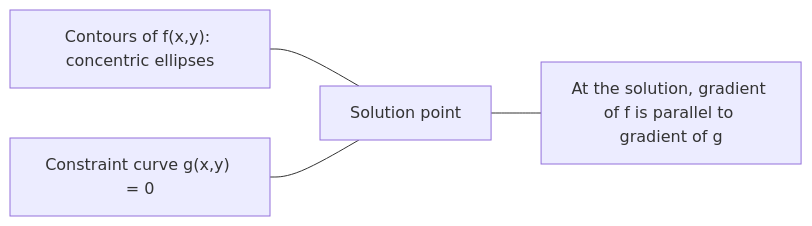
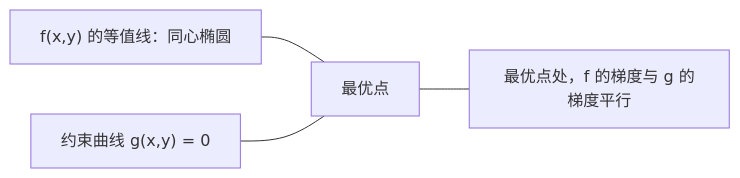
The fourth of 4 diagrams in phases/01-math-foundations/18-convex-optimization/docs/zh.md (omigaZen/ai-engineering-from-scratch), drawn with Mermaid before and after one commit. The commit also changed other lines of this file, not shown here.

````diff
--- a/phases/01-math-foundations/18-convex-optimization/docs/zh.md
+++ b/phases/01-math-foundations/18-convex-optimization/docs/zh.md
@@ -241,6 +237,6 @@
 ```mermaid
 graph LR
-    A["Contours of f(x,y): concentric ellipses"] --- S["Solution point"]
-    B["Constraint curve g(x,y) = 0"] --- S
-    S --- C["At the solution, gradient of f is parallel to gradient of g"]
+    A["f(x,y) 的等值线：同心椭圆"] --- S["最优点"]
+    B["约束曲线 g(x,y) = 0"] --- S
+    S --- C["最优点处，f 的梯度与 g 的梯度平行"]
 ```
````
